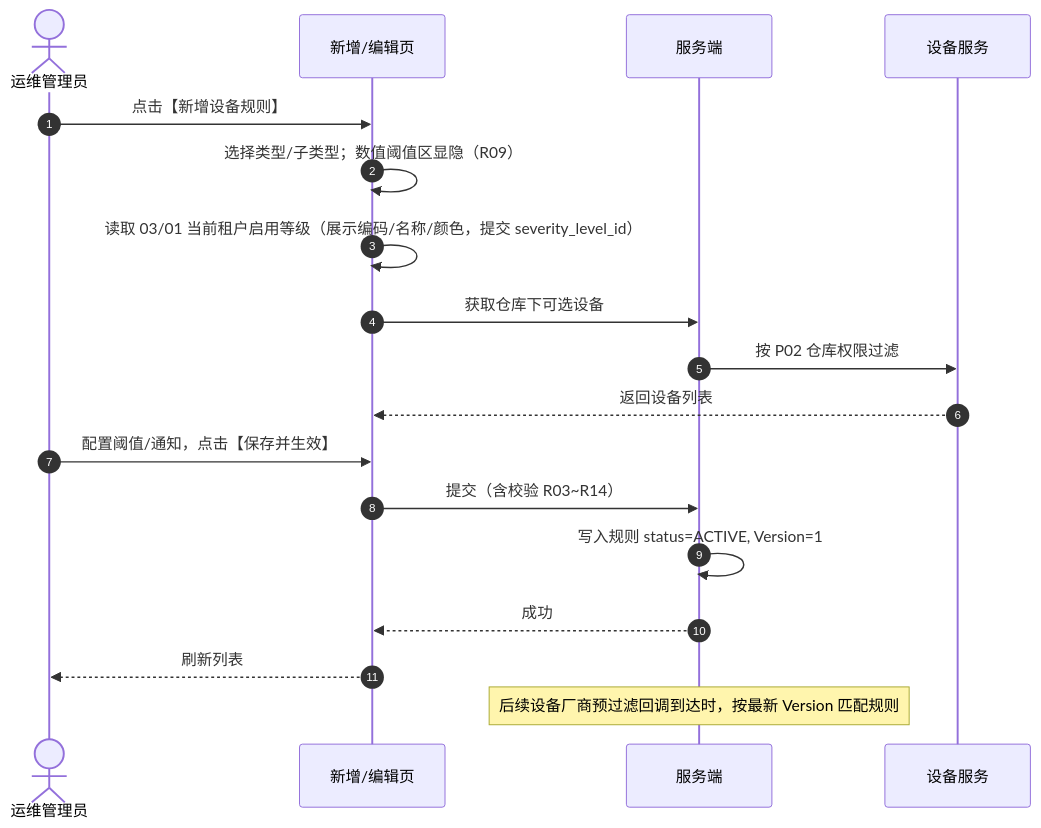
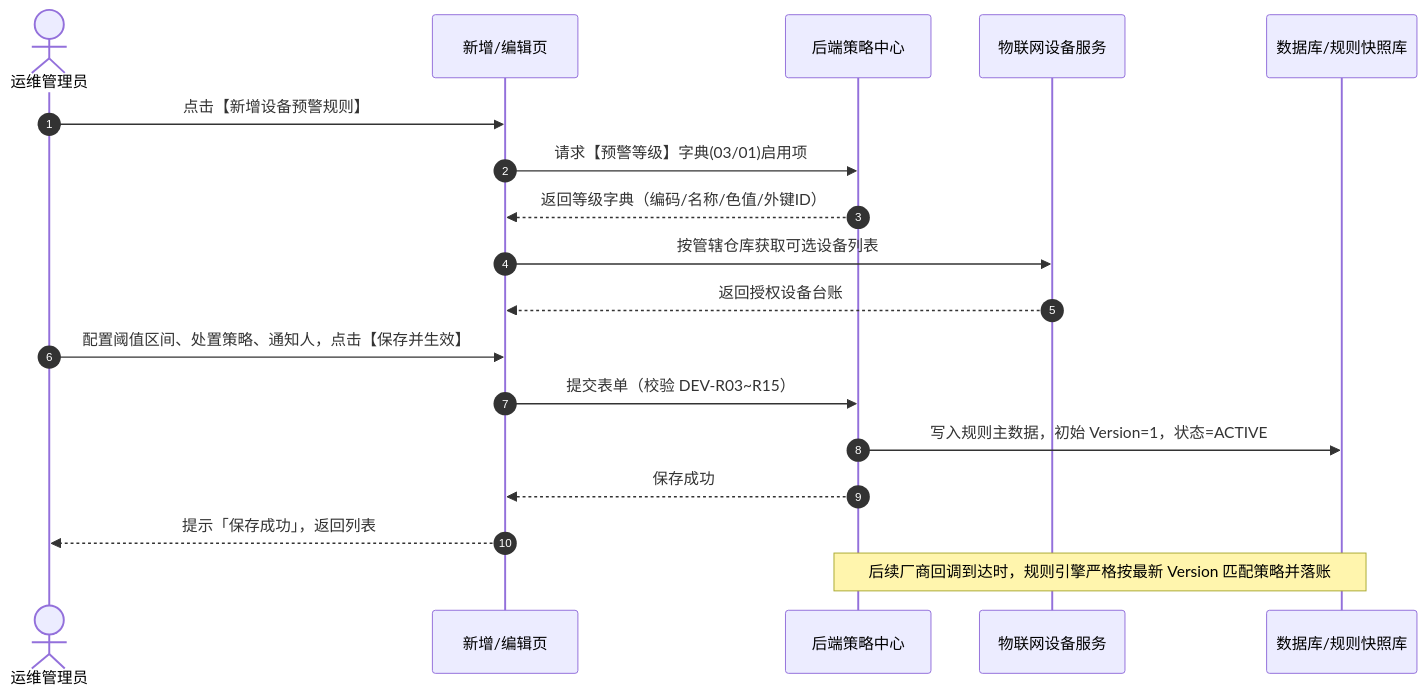
One commit to RobertHuang999/SYZC changed the second of 3 diagrams in 02-PRD文档/B-迭代需求/6.2版本（2026.08）/03-预警配置/02设备预警配置/设备预警配置业务规则规格.md. Above: the diagram before and after it, drawn with Mermaid. The commit also changed other lines of this file and 146 other files, not shown here.

````diff
--- a/02-PRD文档/B-迭代需求/6.2版本（2026.08）/03-预警配置/02设备预警配置/设备预警配置业务规则规格.md
+++ b/02-PRD文档/B-迭代需求/6.2版本（2026.08）/03-预警配置/02设备预警配置/设备预警配置业务规则规格.md
@@ -307,21 +199,21 @@
 ```mermaid
 sequenceDiagram
     autonumber
     actor Admin as 运维管理员
     participant FE as 新增/编辑页
-    participant API as 服务端
-    participant DEV as 设备服务
+    participant API as 后端策略中心
+    participant DEV as 物联网设备服务
+    participant DB as 数据库/规则快照库
 
-    Admin->>FE: 点击【新增设备规则】
-    FE->>FE: 选择类型/子类型；数值阈值区显隐（R09）
-    FE->>FE: 读取 03/01 当前租户启用等级（展示编码/名称/颜色，提交 severity_level_id）
-    FE->>API: 获取仓库下可选设备
-    API->>DEV: 按 P02 仓库权限过滤
-    DEV-->>FE: 返回设备列表
-    Admin->>FE: 配置阈值/通知，点击【保存并生效】
-    FE->>API: 提交（含校验 R03~R14）
-    API->>API: 写入规则 status=ACTIVE, Version=1
-    API-->>FE: 成功
-    FE-->>Admin: 刷新列表
-    Note over API: 后续设备厂商预过滤回调到达时，按最新 Version 匹配规则
+    Admin->>FE: 点击【新增设备预警规则】
+    FE->>API: 请求【预警等级】字典(03/01)启用项
+    API-->>FE: 返回等级字典（编码/名称/色值/外键ID）
+    FE->>DEV: 按管辖仓库获取可选设备列表
+    DEV-->>FE: 返回授权设备台账
+    Admin->>FE: 配置阈值区间、处置策略、通知人，点击【保存并生效】
+    FE->>API: 提交表单（校验 DEV-R03~R15）
+    API->>DB: 写入规则主数据，初始 Version=1，状态=ACTIVE
+    API-->>FE: 保存成功
+    FE-->>Admin: 提示「保存成功」，返回列表
+    Note over API,DB: 后续厂商回调到达时，规则引擎严格按最新 Version 匹配策略并落账
 ```
````
